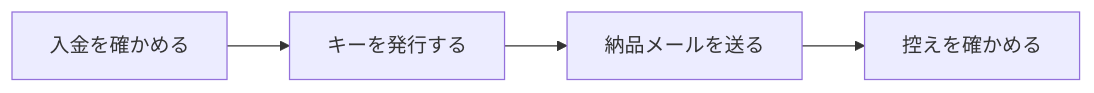
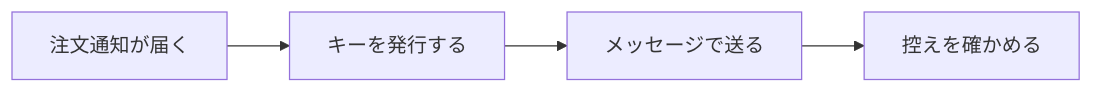
The diagram in taskdeck/docs/OPERATIONS.md (zwk7n97mmn-gif/test), drawn with Mermaid before and after one commit. The commit also changed other lines of this file and 7 other files, not shown here.

````diff
--- a/taskdeck/docs/OPERATIONS.md
+++ b/taskdeck/docs/OPERATIONS.md
@@ -23,4 +23,4 @@
 ```mermaid
 flowchart LR
-    A["入金を確かめる"] --> B["キーを発行する"] --> C["納品メールを送る"] --> D["控えを確かめる"]
+    A["注文通知が届く"] --> B["キーを発行する"] --> C["メッセージで送る"] --> D["控えを確かめる"]
 ```
````
